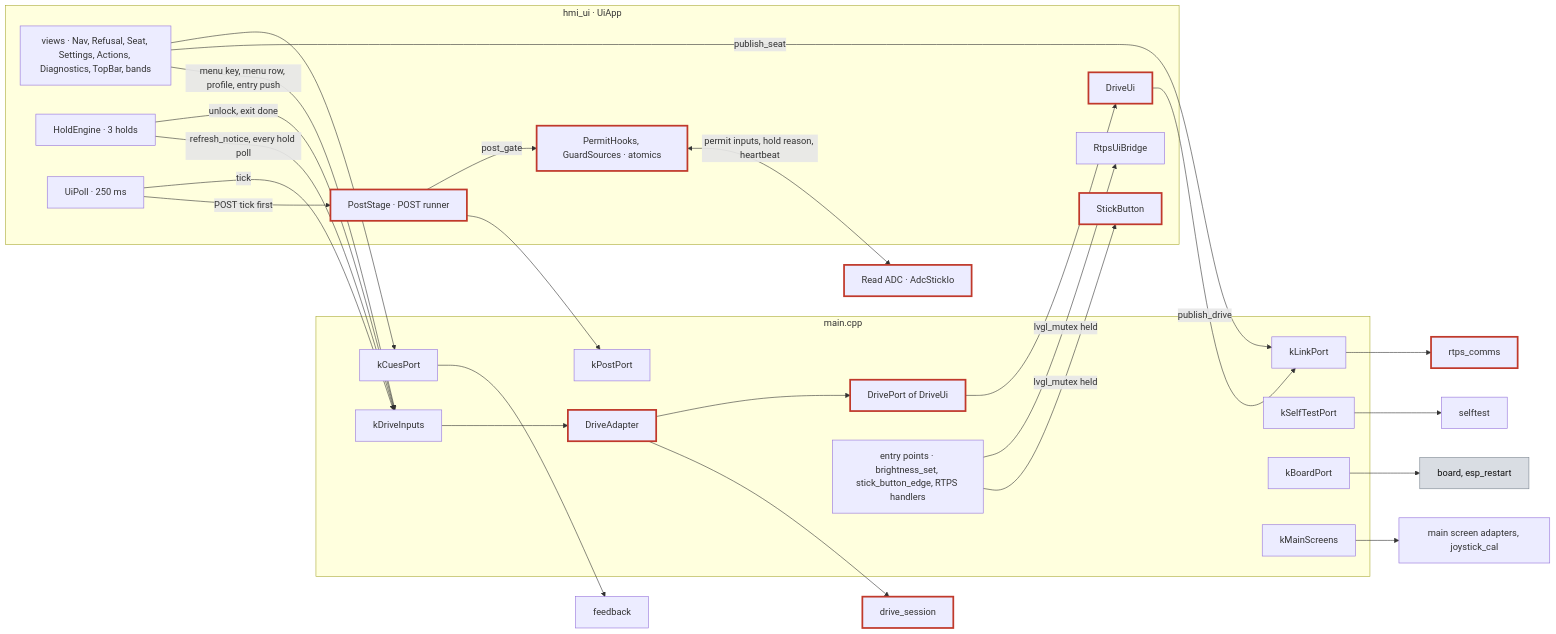
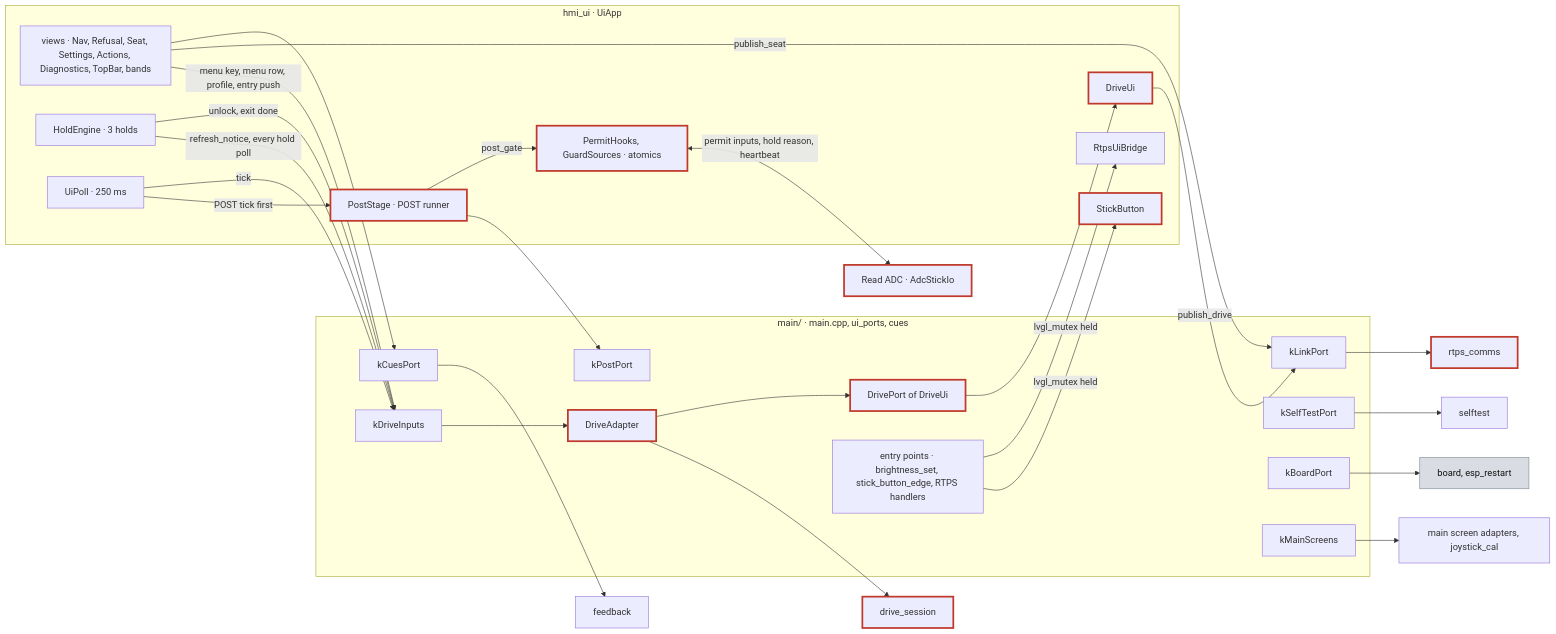
One commit to rammp-org/pace-hmi-fw changed the fourth of 8 diagrams in docs/how-the-firmware-works.md. Above: the diagram before and after it, drawn with Mermaid. The commit also changed other lines of this file and 7 other files, not shown here.

````diff
--- a/docs/how-the-firmware-works.md
+++ b/docs/how-the-firmware-works.md
@@ -477,56 +567,56 @@
 ```mermaid
 flowchart LR
-  subgraph mainbox["main.cpp"]
+  subgraph mainbox["main/ · main.cpp, ui_ports, cues"]
     lp["kLinkPort"]
     di["kDriveInputs"]
     cp["kCuesPort"]
     sp["kSelfTestPort"]
     bp["kBoardPort"]
     ms["kMainScreens"]
     pp["kPostPort"]
     da["DriveAdapter"]:::safety
     dp["DrivePort of DriveUi"]:::safety
     ep["entry points · brightness_set, stick_button_edge, RTPS handlers"]
   end
   subgraph app["hmi_ui · UiApp"]
     views["views · Nav, Refusal, Seat, Settings, Actions, Diagnostics, TopBar, bands"]
     hold["HoldEngine · 3 holds"]
     poll["UiPoll · 250 ms"]
     dui["DriveUi"]:::safety
     sbtn["StickButton"]:::safety
     bridge["RtpsUiBridge"]
     post["PostStage · POST runner"]:::safety
     hooks["PermitHooks, GuardSources · atomics"]:::safety
   end
   adc["Read ADC · AdcStickIo"]:::safety
   rtps["rtps_comms"]:::safety
   sess["drive_session"]:::safety
   feed["feedback"]
   st["selftest"]
   brd["board, esp_restart"]:::hw
   scr["main screen adapters, joystick_cal"]
   lp --> rtps
   cp --> feed
   sp --> st
   bp --> brd
   ms --> scr
   post --> pp
   post -->|"post_gate"| hooks
   poll -->|"POST tick first"| post
   hooks <-->|"permit inputs, hold reason, heartbeat"| adc
   hold -->|"refresh_notice, every hold poll"| di
   di --> da
   da --> sess
   da --> dp --> dui
   hold -->|"unlock, exit done"| di
   poll -->|"tick"| di
   views -->|"menu key, menu row, profile, entry push"| di
   dui -->|"publish_drive"| lp
   views -->|"publish_seat"| lp
   views --> cp
   ep -->|"lvgl_mutex held"| sbtn
   ep -->|"lvgl_mutex held"| bridge
   classDef hw fill:#d9dde3,stroke:#7a8590,color:#111
   classDef safety stroke:#c0392b,stroke-width:3px
   classDef gen stroke-dasharray:5 4
 ```
````
